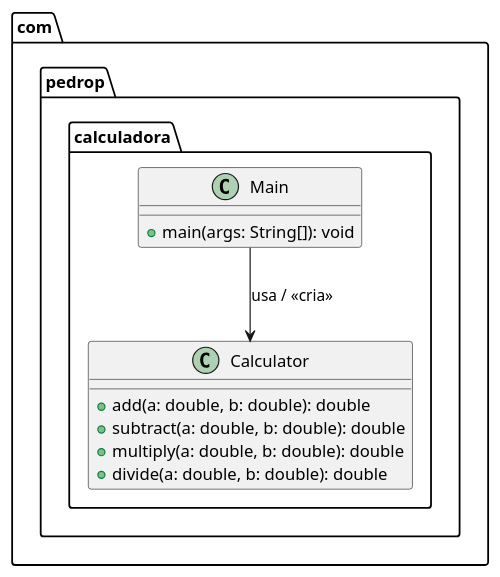
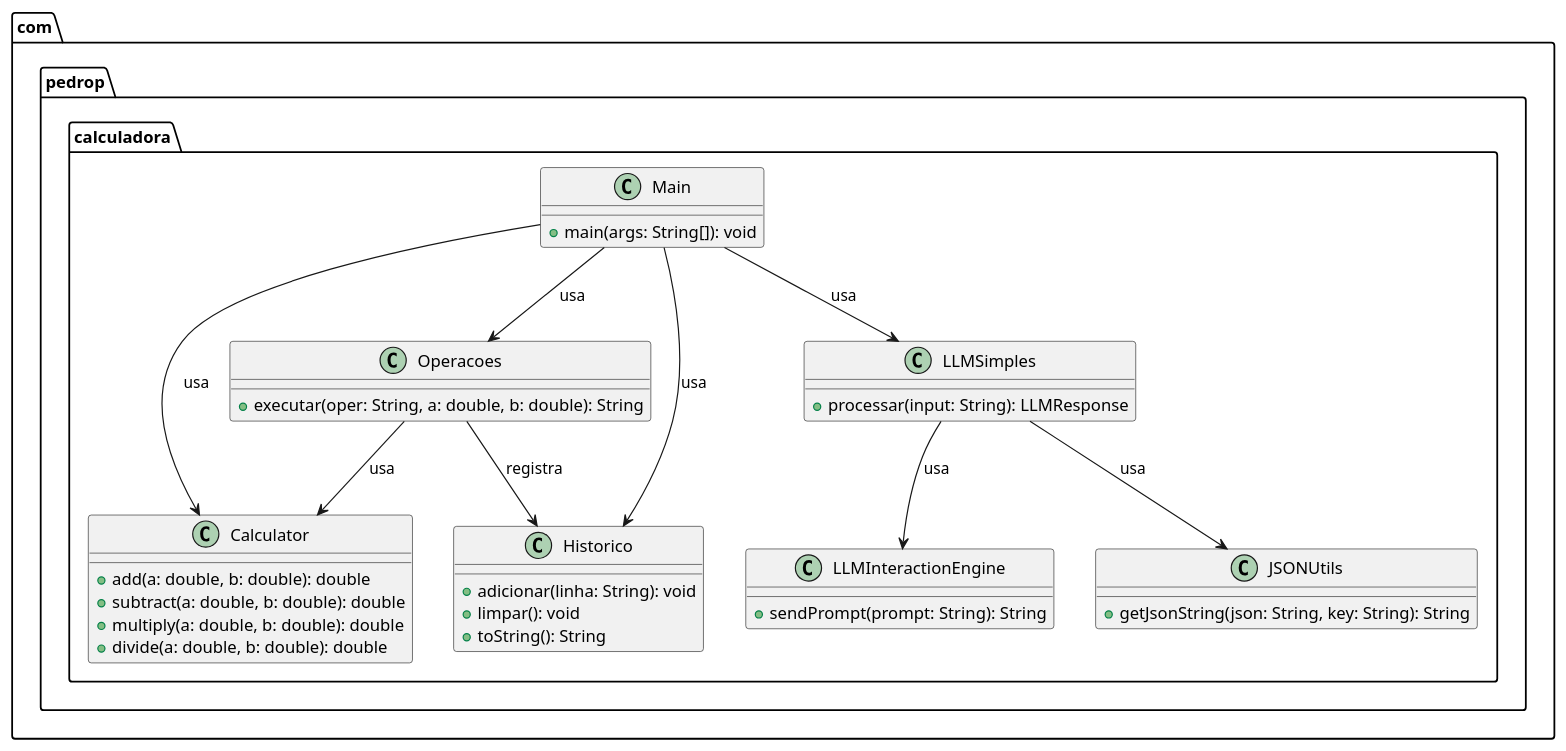
Before and after one commit to PedroP0202/calculadora-Cientifica-: the diagram in calculadora-cientifica/PlantUML.puml, drawn with PlantUML. The commit also changed 12 other files, not shown here.

```diff
--- a/calculadora-cientifica/PlantUML.puml
+++ b/calculadora-cientifica/PlantUML.puml
@@ -1,22 +1,41 @@
 @startuml
 skinparam style strict
 
-' Classe Principal (Controlador/Cliente)
 package com.pedrop.calculadora {
     class Main {
         + main(args: String[]): void
     }
-
-    ' Classe de Lógica de Negócio (Serviço)
     class Calculator {
         + add(a: double, b: double): double
         + subtract(a: double, b: double): double
         + multiply(a: double, b: double): double
         + divide(a: double, b: double): double
     }
+    class Operacoes {
+        + executar(oper: String, a: double, b: double): String
+    }
+    class Historico {
+        + adicionar(linha: String): void
+        + limpar(): void
+        + toString(): String
+    }
+    class LLMSimples {
+        + processar(input: String): LLMResponse
+    }
+    class LLMInteractionEngine {
+        + sendPrompt(prompt: String): String
+    }
+    class JSONUtils {
+        + getJsonString(json: String, key: String): String
+    }
 
-    ' Relacionamento de Associação: Main usa Calculator
-    ' Main cria uma instância de Calculator e invoca seus métodos.
-    Main --> Calculator : usa / <<cria>>
+    Main --> Calculator : usa
+    Main --> Operacoes : usa
+    Main --> Historico : usa
+    Main --> LLMSimples : usa
+    LLMSimples --> LLMInteractionEngine : usa
+    LLMSimples --> JSONUtils : usa
+    Operacoes --> Calculator : usa
+    Operacoes --> Historico : registra
 }
-@endumll
+@enduml
```
